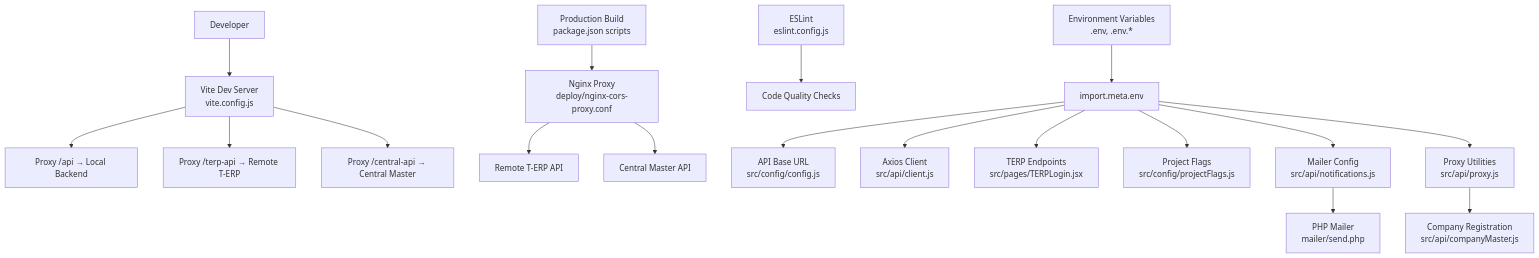
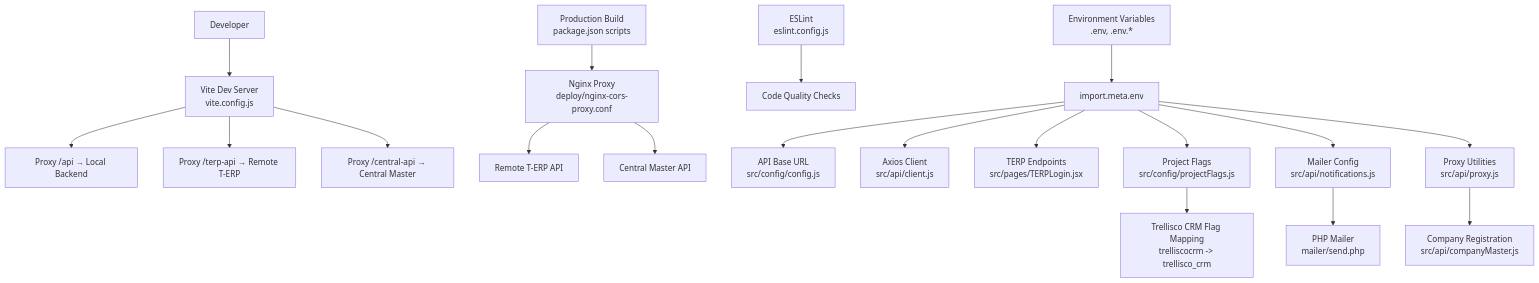
The first of 14 diagrams in .qoder/repowiki/en/content/Configuration and Environment.md (imcbsglobal/TRELLISCO_ERP_FRONTEND), drawn with Mermaid before and after one commit. The commit also changed other lines of this file and 16 other files, not shown here.

````diff
--- a/.qoder/repowiki/en/content/Configuration and Environment.md
+++ b/.qoder/repowiki/en/content/Configuration and Environment.md
@@ -69,20 +67,21 @@
 ```mermaid
 graph TB
 A["Developer"] --> B["Vite Dev Server<br/>vite.config.js"]
 B --> C["Proxy /api → Local Backend"]
 B --> D["Proxy /terp-api → Remote T-ERP"]
 B --> E["Proxy /central-api → Central Master"]
 F["Production Build<br/>package.json scripts"] --> G["Nginx Proxy<br/>deploy/nginx-cors-proxy.conf"]
 G --> H["Remote T-ERP API"]
 G --> I["Central Master API"]
 J["ESLint<br/>eslint.config.js"] --> K["Code Quality Checks"]
 L["Environment Variables<br/>.env, .env.*"] --> M["import.meta.env"]
 M --> N["API Base URL<br/>src/config/config.js"]
 M --> O["Axios Client<br/>src/api/client.js"]
 M --> P["TERP Endpoints<br/>src/pages/TERPLogin.jsx"]
 M --> Q["Project Flags<br/>src/config/projectFlags.js"]
 M --> R["Mailer Config<br/>src/api/notifications.js"]
 M --> S["Proxy Utilities<br/>src/api/proxy.js"]
 S --> T["Company Registration<br/>src/api/companyMaster.js"]
 R --> U["PHP Mailer<br/>mailer/send.php"]
+Q --> V["Trellisco CRM Flag Mapping<br/>trelliscocrm -> trellisco_crm"]
 ```
````
